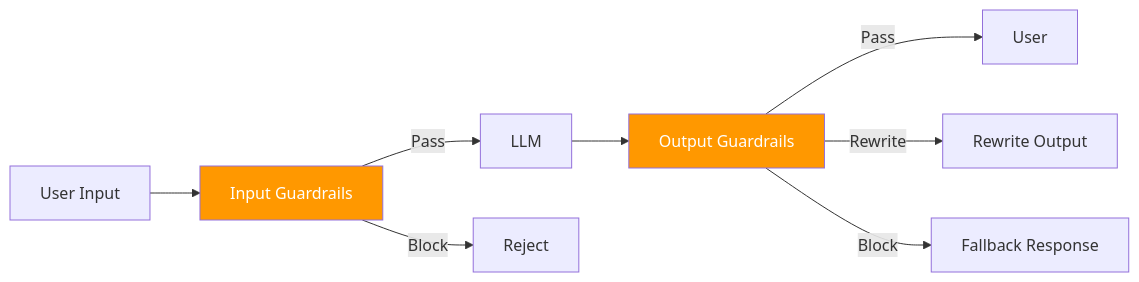
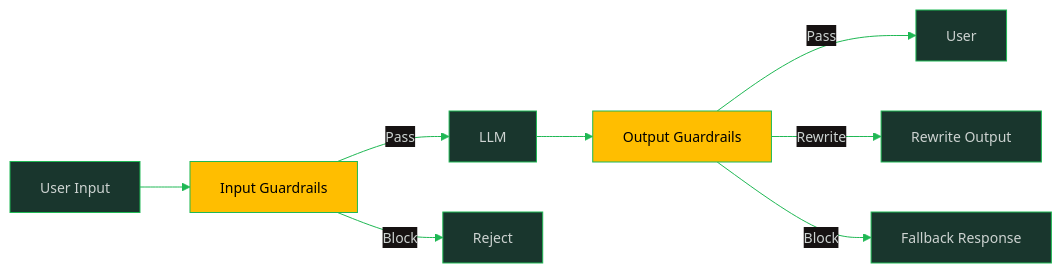
One commit to oat431/swe-knowledge changed the second of 3 diagrams in computing-foundation-note/Artificial_Intelligence/13_LLM_Evaluation_and_Guardrails.md. Above: the diagram before and after it, drawn with Mermaid. The commit also changed other lines of this file and 139 other files, not shown here.

````diff
--- a/computing-foundation-note/Artificial_Intelligence/13_LLM_Evaluation_and_Guardrails.md
+++ b/computing-foundation-note/Artificial_Intelligence/13_LLM_Evaluation_and_Guardrails.md
@@ -108,13 +110,14 @@
 ```mermaid
+%%{init: {'theme':'base','themeVariables':{'primaryColor':'#19362D','primaryTextColor':'#CDD3D1','primaryBorderColor':'#1FB854','lineColor':'#1FB854','secondaryColor':'#161212','tertiaryColor':'#1B1717','background':'#1B1717','mainBkg':'#19362D','nodeBorder':'#1FB854','clusterBkg':'#161212','clusterBorder':'#19362D','titleColor':'#1FB854','edgeLabelBackground':'#161212','fontSize':'14px'}}}%%
 flowchart LR
     INPUT["User Input"] --> IG["Input Guardrails"]
     IG -->|"Pass"| LLM["LLM"]
     IG -->|"Block"| REJECT["Reject"]
     LLM --> OG["Output Guardrails"]
     OG -->|"Pass"| USER["User"]
     OG -->|"Rewrite"| REWRITE["Rewrite Output"]
     OG -->|"Block"| FALLBACK["Fallback Response"]
     
-    style IG fill:#FF9800,color:#fff
-    style OG fill:#FF9800,color:#fff
+    style IG fill:#FFBE00,color:#000000
+    style OG fill:#FFBE00,color:#000000
 ```
````
